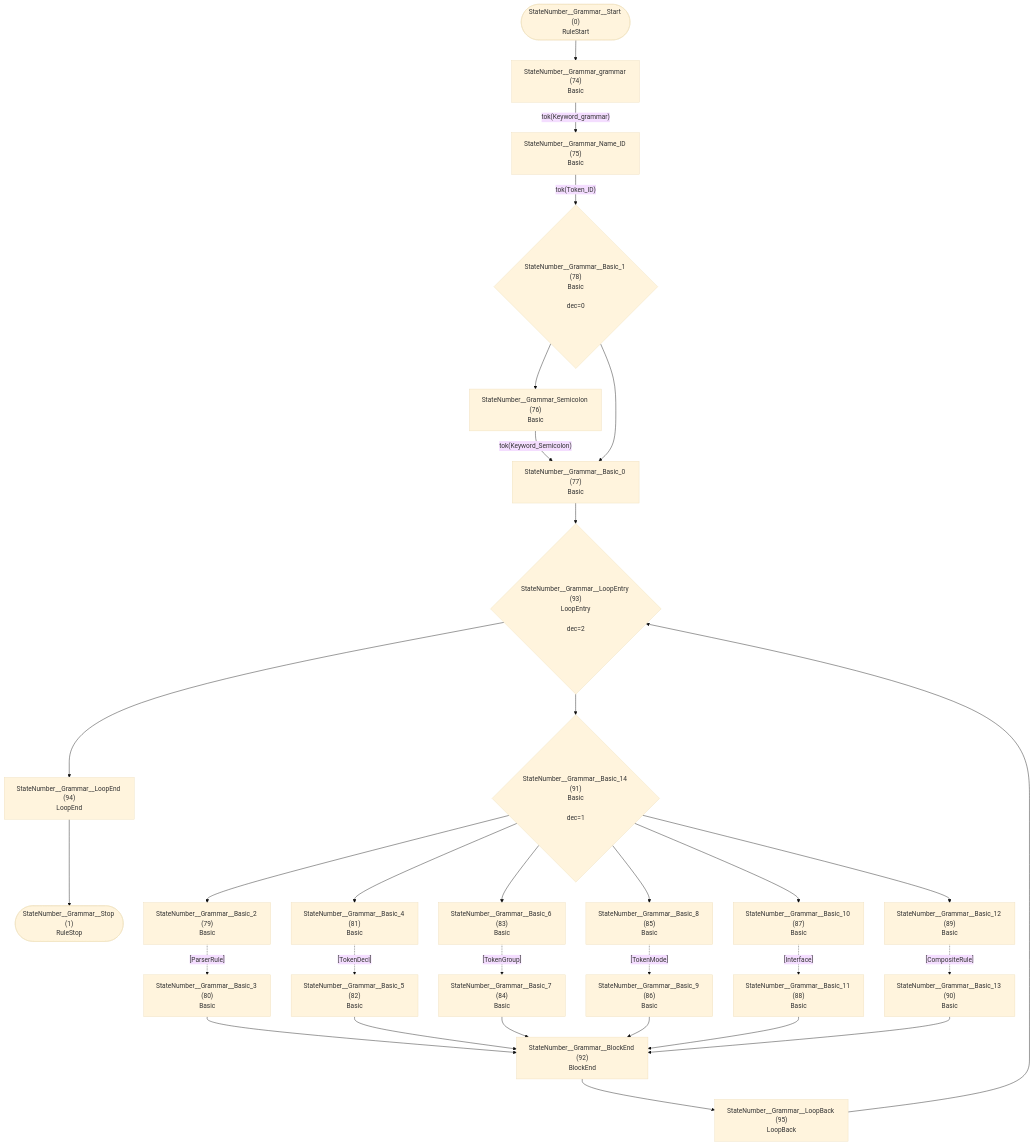
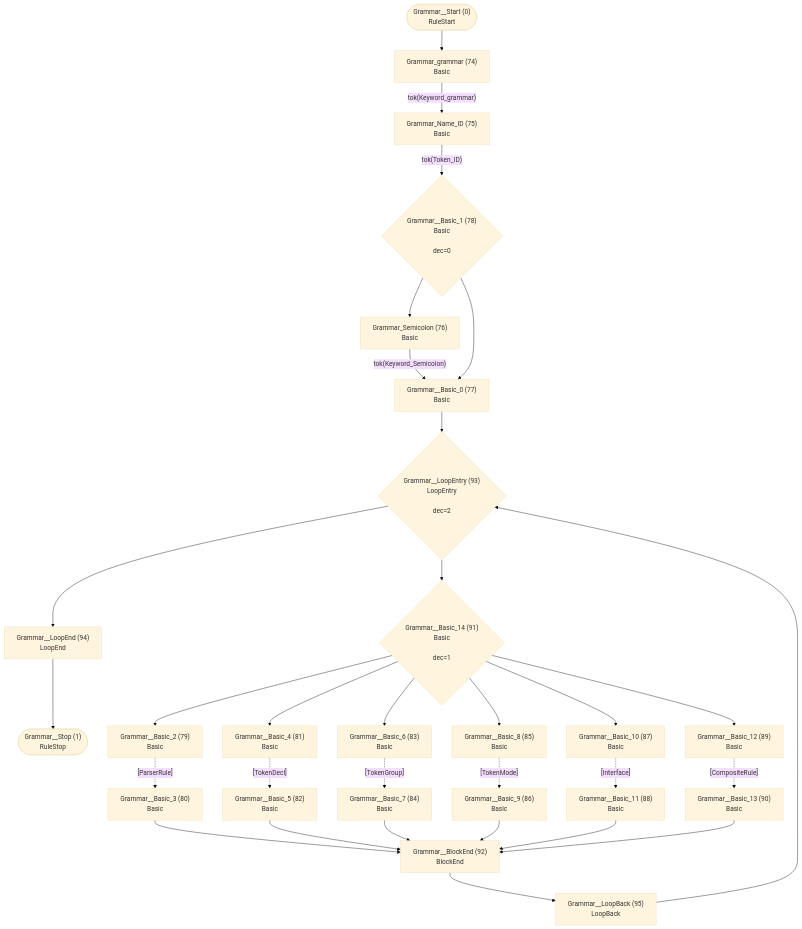
One commit to TypeFox/fastbelt changed the first of 37 diagrams in internal/grammar/atn.md. Above: the diagram before and after it, drawn with Mermaid (base theme). The commit also changed other lines of this file and 26 other files, not shown here.

````diff
--- a/internal/grammar/atn.md
+++ b/internal/grammar/atn.md
@@ -5,58 +5,58 @@
 ```mermaid
 flowchart TD
-    q0(["StateNumber__Grammar__Start (0)<br/>RuleStart"])
-    q1(["StateNumber__Grammar__Stop (1)<br/>RuleStop"])
-    q74["StateNumber__Grammar_grammar (74)<br/>Basic<br/>"]
-    q75["StateNumber__Grammar_Name_ID (75)<br/>Basic<br/>"]
-    q76["StateNumber__Grammar_Semicolon (76)<br/>Basic<br/>"]
-    q77["StateNumber__Grammar__Basic_0 (77)<br/>Basic<br/>"]
-    q78{"StateNumber__Grammar__Basic_1 (78)<br/>Basic<br/><br/>dec=0"}
-    q79["StateNumber__Grammar__Basic_2 (79)<br/>Basic<br/>"]
-    q80["StateNumber__Grammar__Basic_3 (80)<br/>Basic<br/>"]
-    q81["StateNumber__Grammar__Basic_4 (81)<br/>Basic<br/>"]
-    q82["StateNumber__Grammar__Basic_5 (82)<br/>Basic<br/>"]
-    q83["StateNumber__Grammar__Basic_6 (83)<br/>Basic<br/>"]
-    q84["StateNumber__Grammar__Basic_7 (84)<br/>Basic<br/>"]
-    q85["StateNumber__Grammar__Basic_8 (85)<br/>Basic<br/>"]
-    q86["StateNumber__Grammar__Basic_9 (86)<br/>Basic<br/>"]
-    q87["StateNumber__Grammar__Basic_10 (87)<br/>Basic<br/>"]
-    q88["StateNumber__Grammar__Basic_11 (88)<br/>Basic<br/>"]
-    q89["StateNumber__Grammar__Basic_12 (89)<br/>Basic<br/>"]
-    q90["StateNumber__Grammar__Basic_13 (90)<br/>Basic<br/>"]
-    q91{"StateNumber__Grammar__Basic_14 (91)<br/>Basic<br/><br/>dec=1"}
-    q92["StateNumber__Grammar__BlockEnd (92)<br/>BlockEnd<br/>"]
-    q93{"StateNumber__Grammar__LoopEntry (93)<br/>LoopEntry<br/><br/>dec=2"}
-    q94["StateNumber__Grammar__LoopEnd (94)<br/>LoopEnd<br/>"]
-    q95["StateNumber__Grammar__LoopBack (95)<br/>LoopBack<br/>"]
+    q0(["Grammar__Start (0)<br/>RuleStart"])
+    q1(["Grammar__Stop (1)<br/>RuleStop"])
+    q74["Grammar_grammar (74)<br/>Basic<br/>"]
+    q75["Grammar_Name_ID (75)<br/>Basic<br/>"]
+    q76["Grammar_Semicolon (76)<br/>Basic<br/>"]
+    q77["Grammar__Basic_0 (77)<br/>Basic<br/>"]
+    q78{"Grammar__Basic_1 (78)<br/>Basic<br/><br/>dec=0"}
+    q79["Grammar__Basic_2 (79)<br/>Basic<br/>"]
+    q80["Grammar__Basic_3 (80)<br/>Basic<br/>"]
+    q81["Grammar__Basic_4 (81)<br/>Basic<br/>"]
+    q82["Grammar__Basic_5 (82)<br/>Basic<br/>"]
+    q83["Grammar__Basic_6 (83)<br/>Basic<br/>"]
+    q84["Grammar__Basic_7 (84)<br/>Basic<br/>"]
+    q85["Grammar__Basic_8 (85)<br/>Basic<br/>"]
+    q86["Grammar__Basic_9 (86)<br/>Basic<br/>"]
+    q87["Grammar__Basic_10 (87)<br/>Basic<br/>"]
+    q88["Grammar__Basic_11 (88)<br/>Basic<br/>"]
+    q89["Grammar__Basic_12 (89)<br/>Basic<br/>"]
+    q90["Grammar__Basic_13 (90)<br/>Basic<br/>"]
+    q91{"Grammar__Basic_14 (91)<br/>Basic<br/><br/>dec=1"}
+    q92["Grammar__BlockEnd (92)<br/>BlockEnd<br/>"]
+    q93{"Grammar__LoopEntry (93)<br/>LoopEntry<br/><br/>dec=2"}
+    q94["Grammar__LoopEnd (94)<br/>LoopEnd<br/>"]
+    q95["Grammar__LoopBack (95)<br/>LoopBack<br/>"]
 
     q0 --> q74
     q74 -->|"tok(Keyword_grammar)"| q75
     q75 -->|"tok(Token_ID)"| q78
     q76 -->|"tok(Keyword_Semicolon)"| q77
     q77 --> q93
     q78 --> q76
     q78 --> q77
     q79 -.->|"[ParserRule]"| q80
     q80 --> q92
     q81 -.->|"[TokenDecl]"| q82
     q82 --> q92
     q83 -.->|"[TokenGroup]"| q84
     q84 --> q92
     q85 -.->|"[TokenMode]"| q86
     q86 --> q92
     q87 -.->|"[Interface]"| q88
     q88 --> q92
     q89 -.->|"[CompositeRule]"| q90
     q90 --> q92
     q91 --> q79
     q91 --> q81
     q91 --> q83
     q91 --> q85
     q91 --> q87
     q91 --> q89
     q92 --> q95
     q93 --> q91
     q93 --> q94
     q94 --> q1
     q95 --> q93
 ```
````
